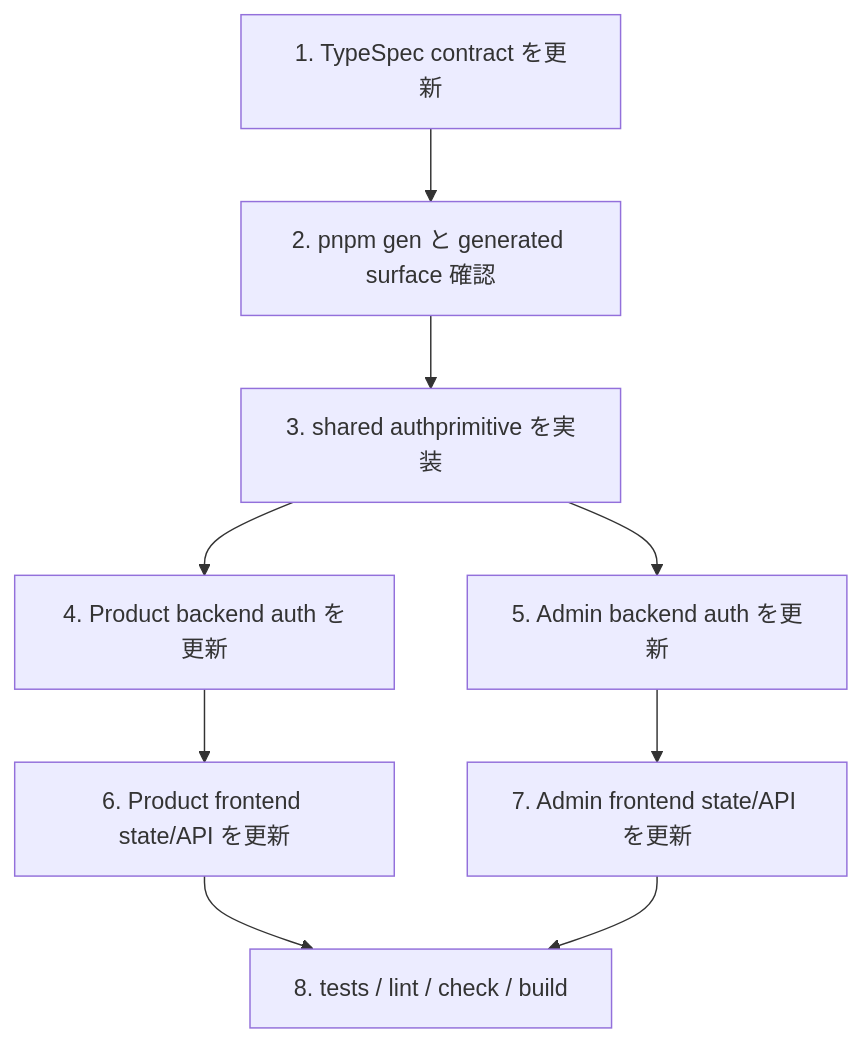
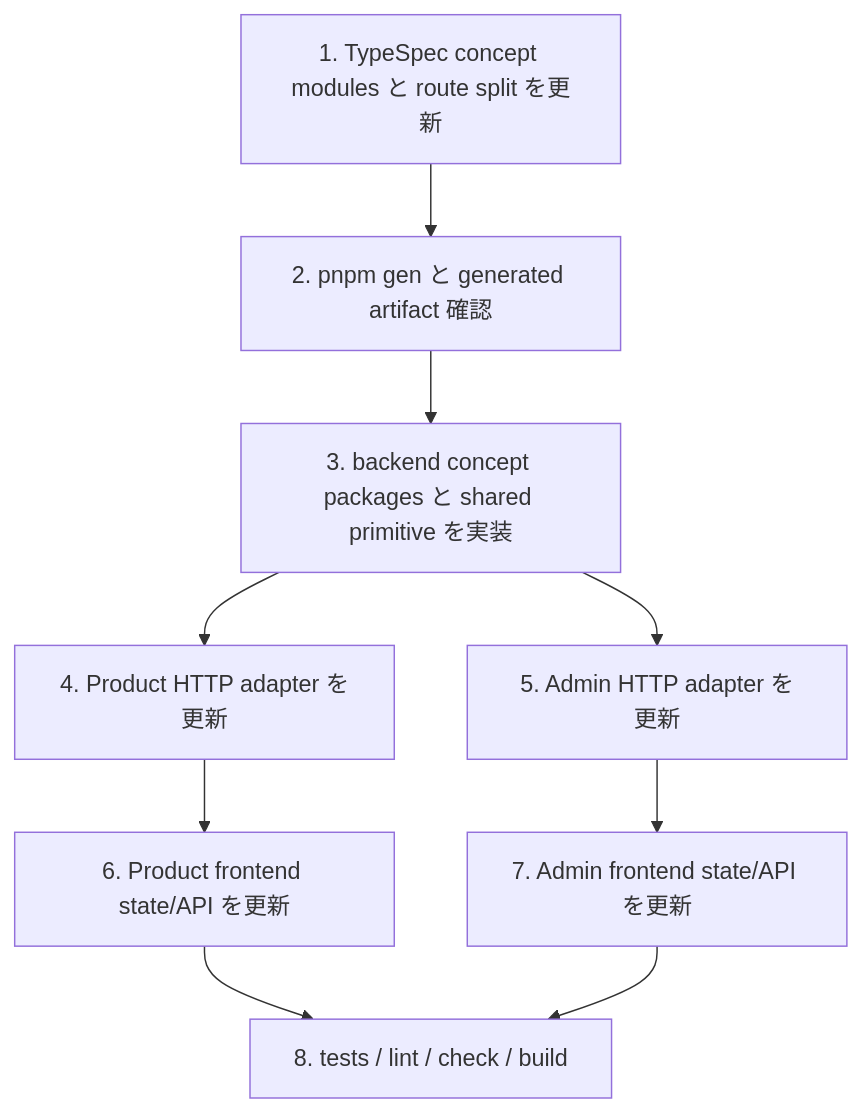
Before and after one commit to witwire-net/www-template: the fifth of 5 diagrams in openspec/changes/unified-context-scoped-auth-refresh/design.md, drawn with Mermaid. The commit also changed other lines of this file and 206 other files, not shown here.

````diff
--- a/openspec/changes/unified-context-scoped-auth-refresh/design.md
+++ b/openspec/changes/unified-context-scoped-auth-refresh/design.md
@@ -306,11 +341,11 @@
 ```mermaid
 flowchart TD
-  T1[1. TypeSpec contract を更新] --> T2[2. pnpm gen と generated surface 確認]
-  T2 --> T3[3. shared authprimitive を実装]
-  T3 --> T4[4. Product backend auth を更新]
-  T3 --> T5[5. Admin backend auth を更新]
+  T1[1. TypeSpec concept modules と route split を更新] --> T2[2. pnpm gen と generated artifact 確認]
+  T2 --> T3[3. backend concept packages と shared primitive を実装]
+  T3 --> T4[4. Product HTTP adapter を更新]
+  T3 --> T5[5. Admin HTTP adapter を更新]
   T4 --> T6[6. Product frontend state/API を更新]
   T5 --> T7[7. Admin frontend state/API を更新]
   T6 --> T8[8. tests / lint / check / build]
   T7 --> T8
 ```
````
